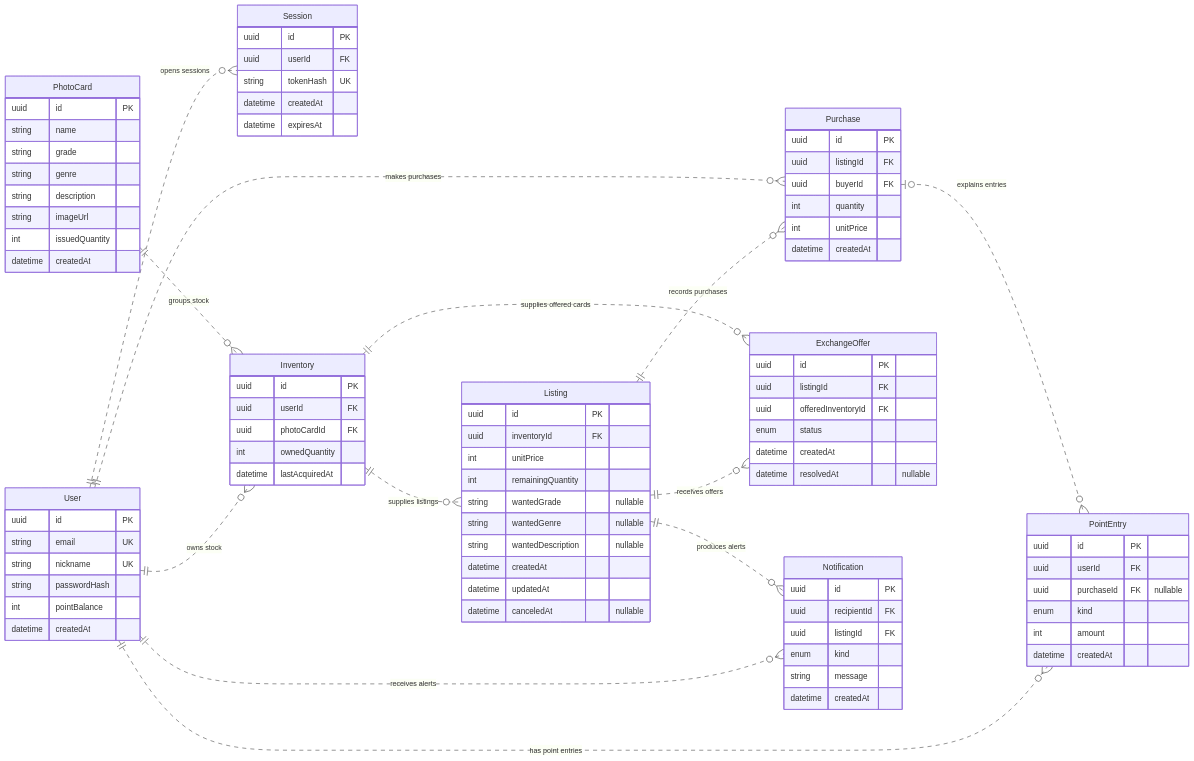
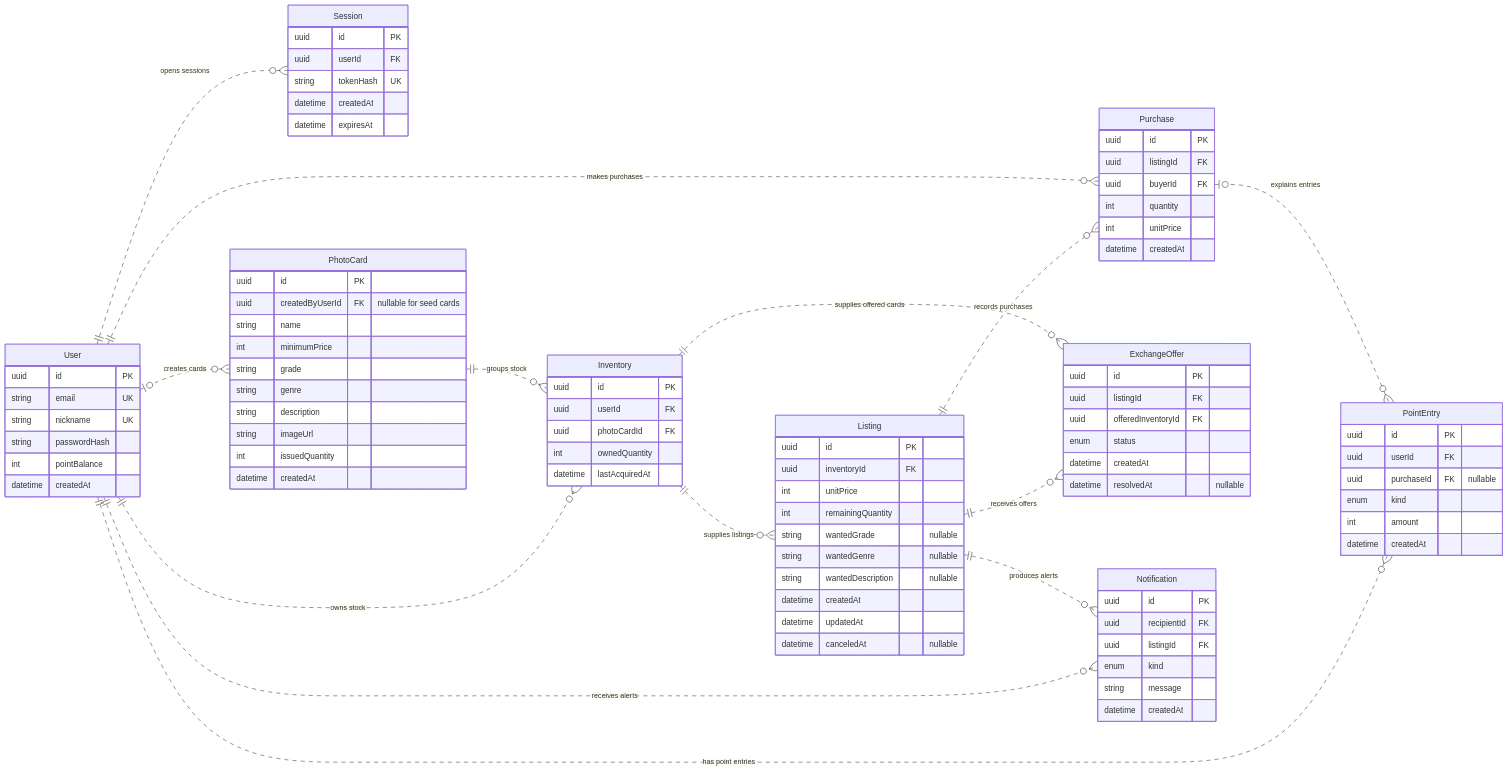
One commit to codeit-fs-16-part3-team2/codeit-project changed the diagram in docs/DB.md. Above: the diagram before and after it, drawn with Mermaid. The commit also changed other lines of this file and 12 other files, not shown here.

```diff
--- a/docs/DB.md
+++ b/docs/DB.md
@@ -8,6 +8,7 @@
 erDiagram
     direction LR
     User ||..o{ Session : "opens sessions"
+    User o|..o{ PhotoCard : "creates cards"
     User ||..o{ Inventory : "owns stock"
     PhotoCard ||..o{ Inventory : "groups stock"
     Inventory ||..o{ Listing : "supplies listings"
@@ -39,7 +40,9 @@
 
     PhotoCard {
         uuid id PK
+        uuid createdByUserId FK "nullable for seed cards"
         string name
+        int minimumPrice
         string grade
         string genre
         string description
```
